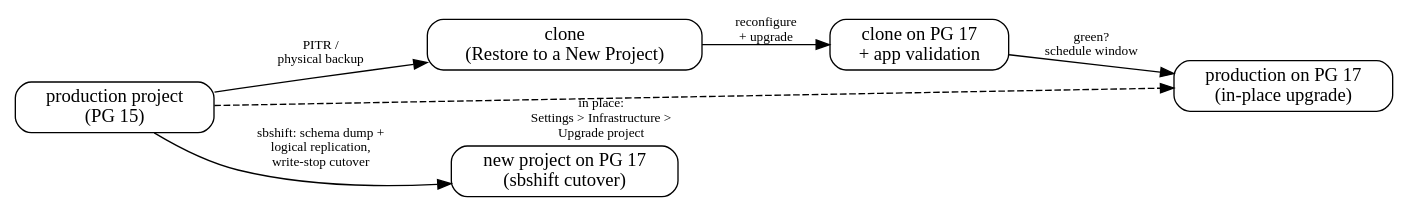
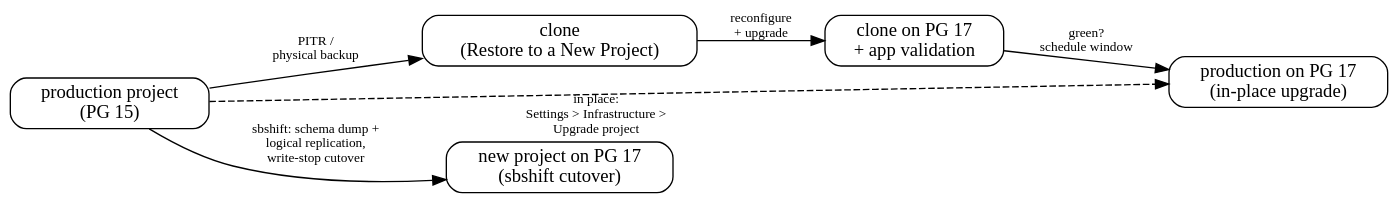
The diagram in src/content/docs/guides/supabase-postgres-major-upgrade-e2e.mdx (erfianugrah/lexicanum), drawn with Graphviz before and after one commit.

Commit message:
guides(pg-upgrade): transparent diagram canvas for dark-mode theming
Every other dot source on the site sets bgcolor="transparent"; without
it Graphviz emits a white canvas polygon the theme CSS can't override,
leaving light text/strokes on a white panel in dark mode.

````diff
--- a/src/content/docs/guides/supabase-postgres-major-upgrade-e2e.mdx
+++ b/src/content/docs/guides/supabase-postgres-major-upgrade-e2e.mdx
@@ -39,18 +39,19 @@
 ```dot
 digraph upgrade {
   rankdir=LR;
+  bgcolor="transparent";
   forcelabels=true;
   node [shape=box, style=rounded];
   edge [fontsize=10];
   prod [label="production project\n(PG 15)"];
   clone [label="clone\n(Restore to a New Project)"];
   clone17 [label="clone on PG 17\n+ app validation"];
   prod17 [label="production on PG 17\n(in-place upgrade)"];
   sbnew [label="new project on PG 17\n(sbshift cutover)"];
   prod -> clone [label="PITR /\nphysical backup"];
   clone -> clone17 [label="reconfigure\n+ upgrade"];
   clone17 -> prod17 [label="green?\nschedule window"];
   prod -> prod17 [style=dashed, xlabel="in place:\nSettings > Infrastructure >\nUpgrade project"];
   prod -> sbnew [label="sbshift: schema dump +\nlogical replication,\nwrite-stop cutover"];
 }
 ```
````
